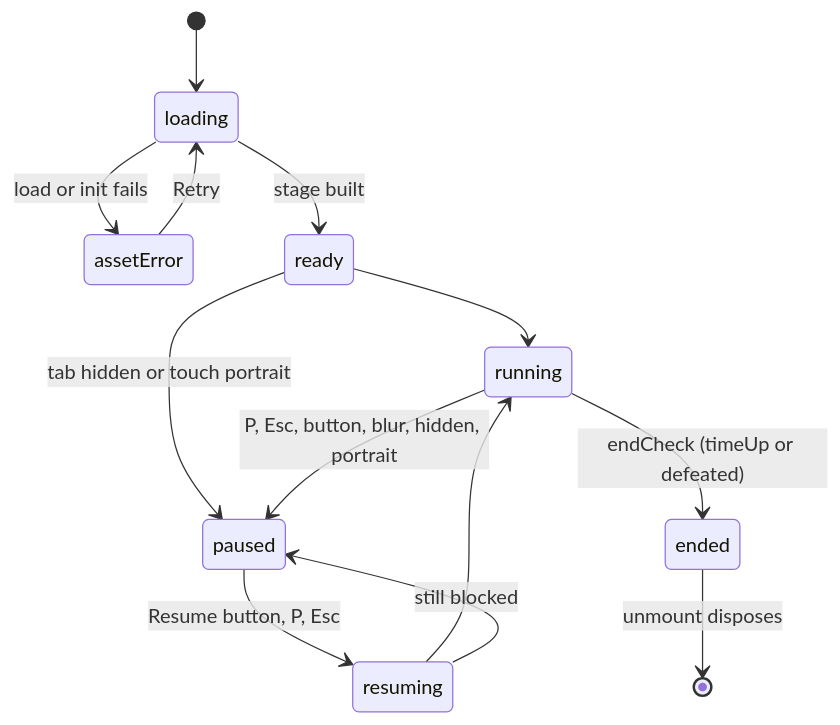
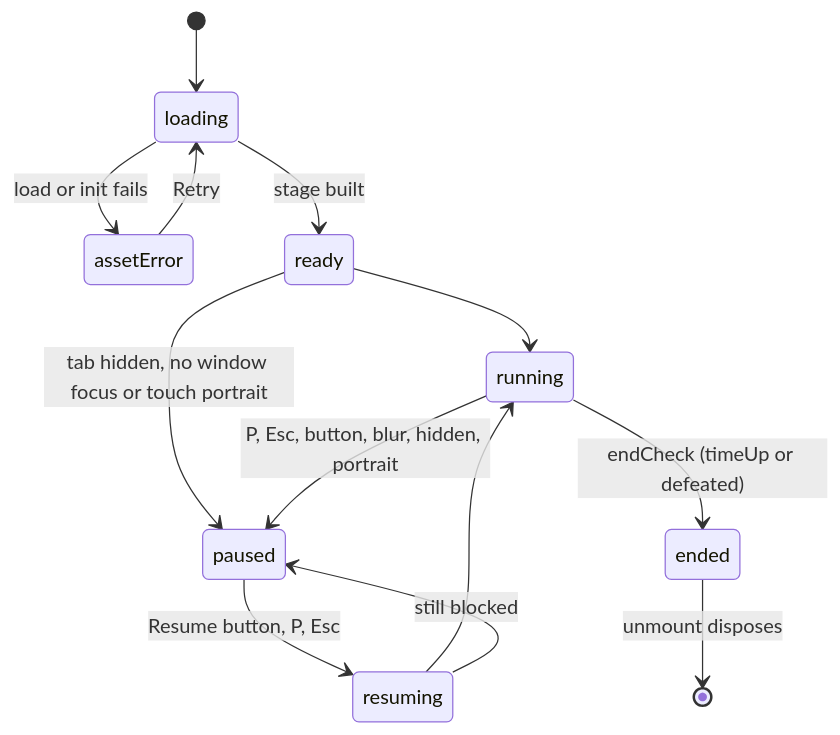
The second of 3 diagrams in ARCHITECTURE.md (HenriqueGoffeau/pirate-battle), drawn with Mermaid before and after one commit. The commit also changed other lines of this file and 12 other files, not shown here.

````diff
--- a/ARCHITECTURE.md
+++ b/ARCHITECTURE.md
@@ -322,15 +322,15 @@
 ```mermaid
 stateDiagram-v2
   [*] --> loading
   loading --> assetError: load or init fails
   assetError --> loading: Retry
   loading --> ready: stage built
   ready --> running
-  ready --> paused: tab hidden or touch portrait
+  ready --> paused: tab hidden, no window focus or touch portrait
   running --> paused: P, Esc, button, blur, hidden, portrait
   paused --> resuming: Resume button, P, Esc
   resuming --> running
   resuming --> paused: still blocked
   running --> ended: endCheck (timeUp or defeated)
   ended --> [*]: unmount disposes
 ```
````
